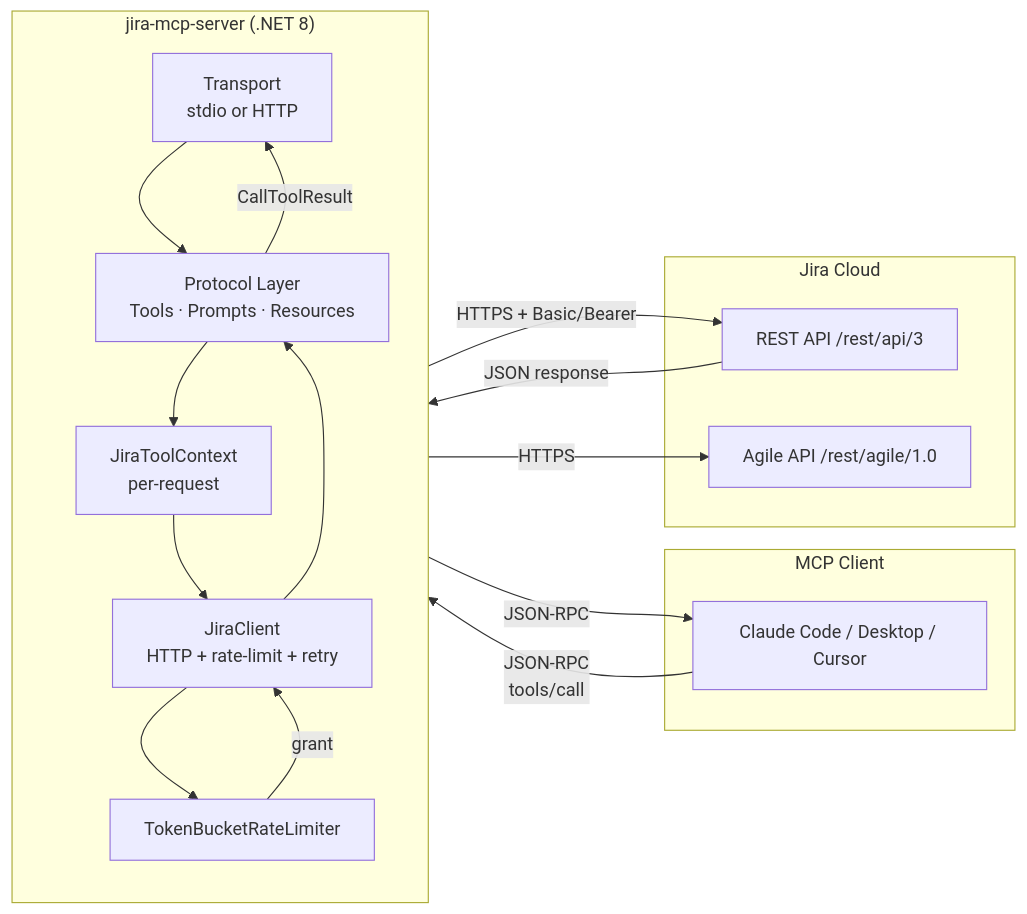
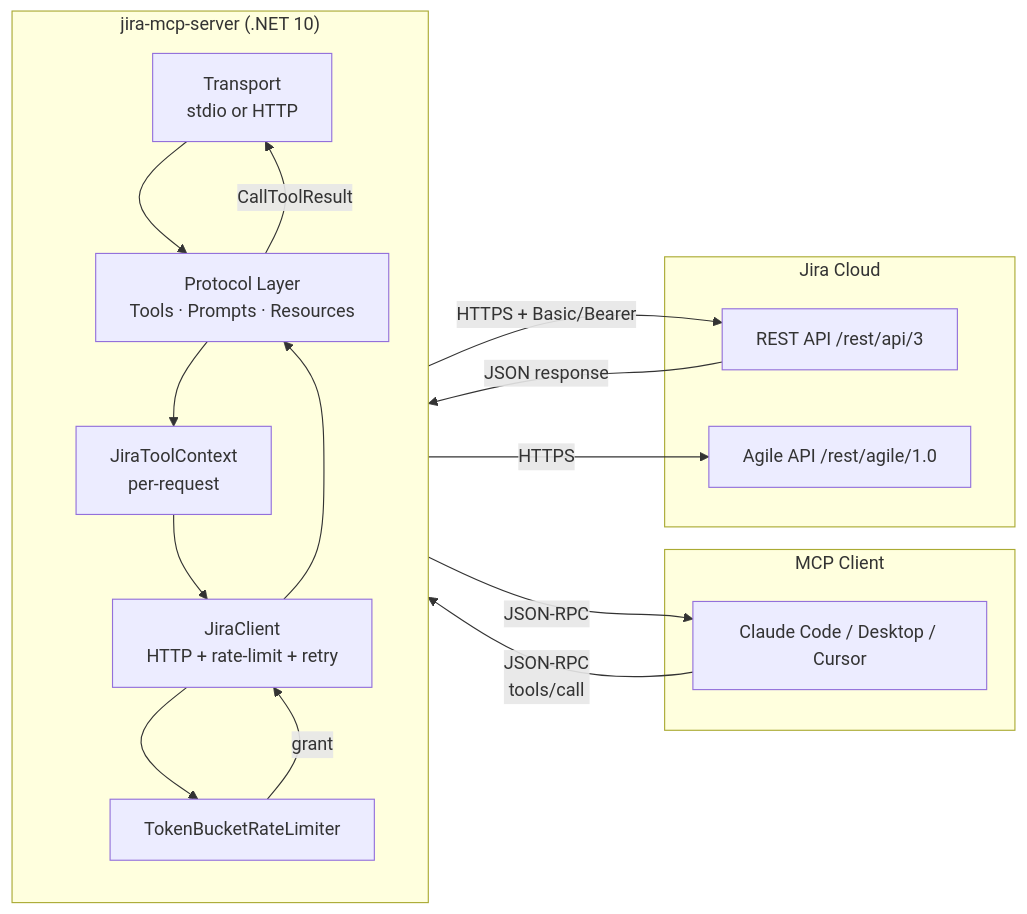
Before and after one commit to Hopcos/JIRA-MCP: the first of 5 diagrams in README.md, drawn with Mermaid. The commit also changed other lines of this file and 4 other files, not shown here.

````diff
--- a/README.md
+++ b/README.md
@@ -46,33 +46,33 @@
 ```mermaid
 flowchart LR
     subgraph Client["MCP Client"]
         CC["Claude Code / Desktop / Cursor"]
     end
 
-    subgraph Server["jira-mcp-server (.NET 8)"]
+    subgraph Server["jira-mcp-server (.NET 10)"]
         direction TB
         TR["Transport<br/>stdio or HTTP"]
         MCP["Protocol Layer<br/>Tools · Prompts · Resources"]
         CTX["JiraToolContext<br/>per-request"]
         CLIENT["JiraClient<br/>HTTP + rate-limit + retry"]
         RL["TokenBucketRateLimiter"]
     end
 
     subgraph Jira["Jira Cloud"]
         REST["REST API /rest/api/3"]
         AGILE["Agile API /rest/agile/1.0"]
     end
 
     CC -- "JSON-RPC<br/>tools/call" --> TR
     TR --> MCP
     MCP --> CTX
     CTX --> CLIENT
     CLIENT --> RL
     RL -- "grant" --> CLIENT
     CLIENT -- "HTTPS + Basic/Bearer" --> REST
     CLIENT -- "HTTPS" --> AGILE
     REST -- "JSON response" --> CLIENT
     CLIENT --> MCP
     MCP -- "CallToolResult" --> TR
     TR -- "JSON-RPC" --> CC
 ```
````
